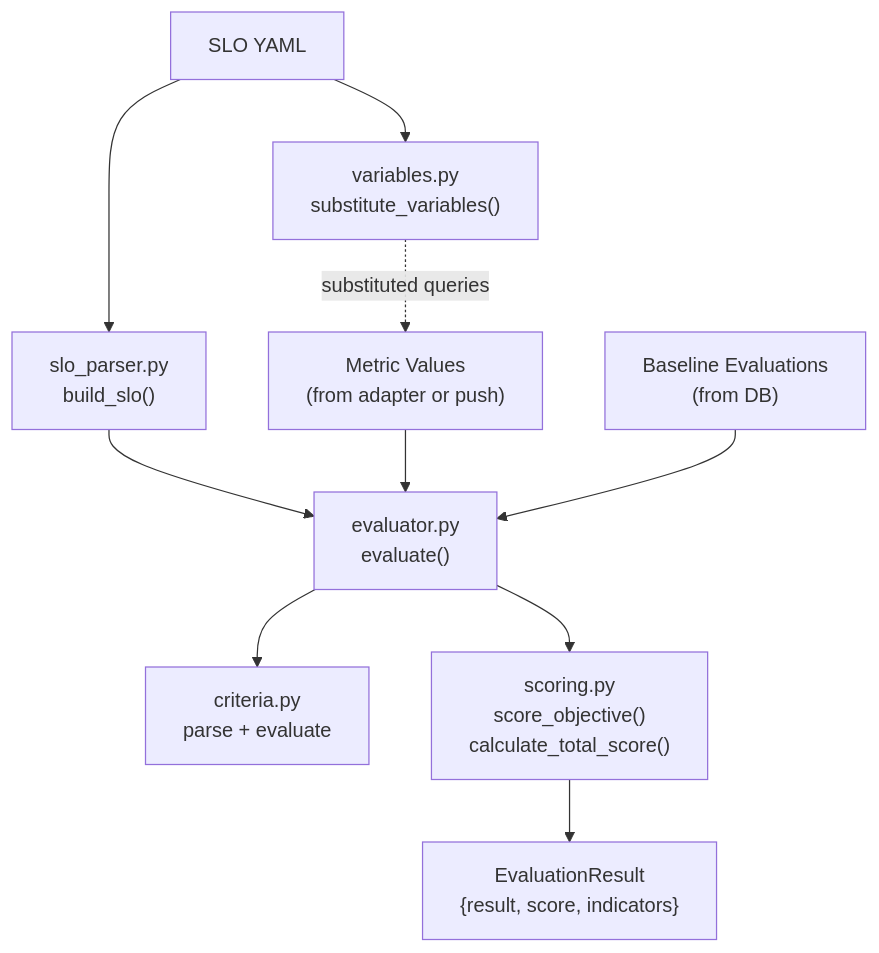
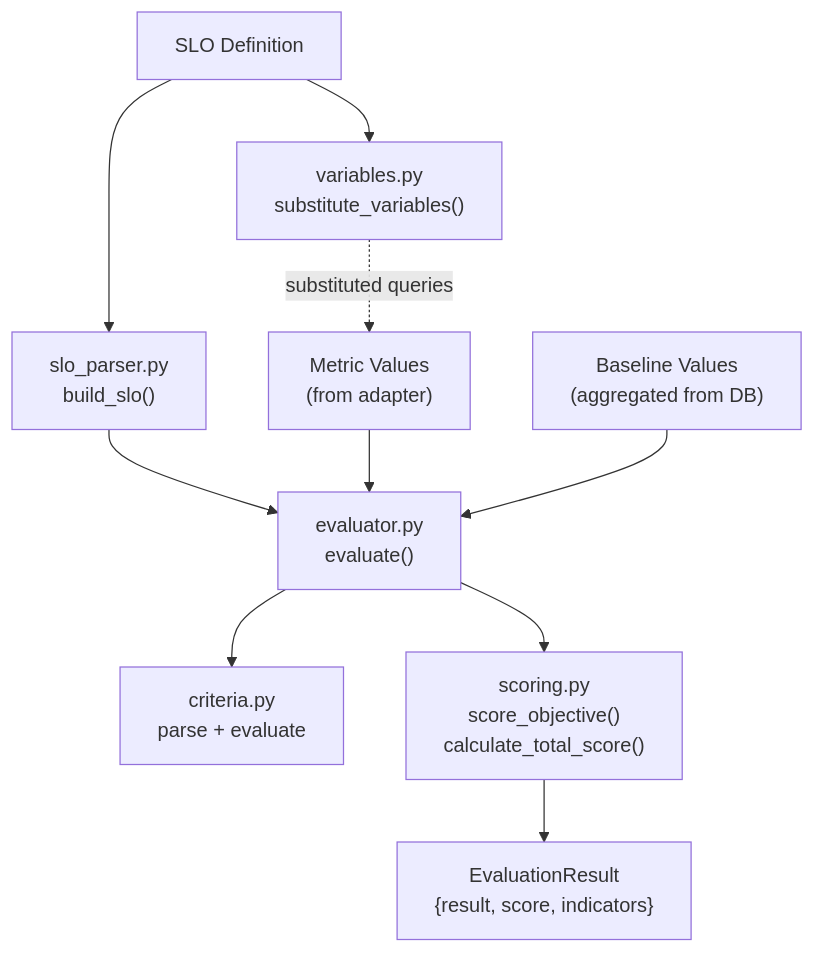
Before and after one commit to domik82/tropek: the diagram in api/docs/evaluation-engine.md, drawn with Mermaid. The commit also changed other lines of this file, not shown here.

````diff
--- a/api/docs/evaluation-engine.md
+++ b/api/docs/evaluation-engine.md
@@ -24,23 +24,23 @@
 ```mermaid
 graph TD
-    SLO_YAML["SLO YAML"]
-    Metrics["Metric Values<br/>(from adapter or push)"]
-    Baselines["Baseline Evaluations<br/>(from DB)"]
+    SLO["SLO Definition"]
+    Metrics["Metric Values<br/>(from adapter)"]
+    Baselines["Baseline Values<br/>(aggregated from DB)"]
 
     Parser["slo_parser.py<br/>build_slo()"]
     Vars["variables.py<br/>substitute_variables()"]
     Eval["evaluator.py<br/>evaluate()"]
     Crit["criteria.py<br/>parse + evaluate"]
     Score["scoring.py<br/>score_objective()<br/>calculate_total_score()"]
     Result["EvaluationResult<br/>{result, score, indicators}"]
 
-    SLO_YAML --> Parser
-    SLO_YAML --> Vars
+    SLO --> Parser
+    SLO --> Vars
     Parser --> Eval
     Vars -.->|substituted queries| Metrics
     Metrics --> Eval
     Baselines --> Eval
     Eval --> Crit
     Eval --> Score
     Score --> Result
 ```
````
